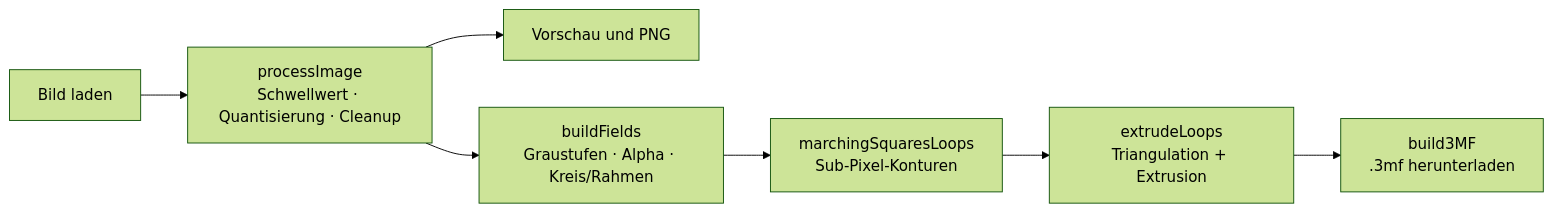
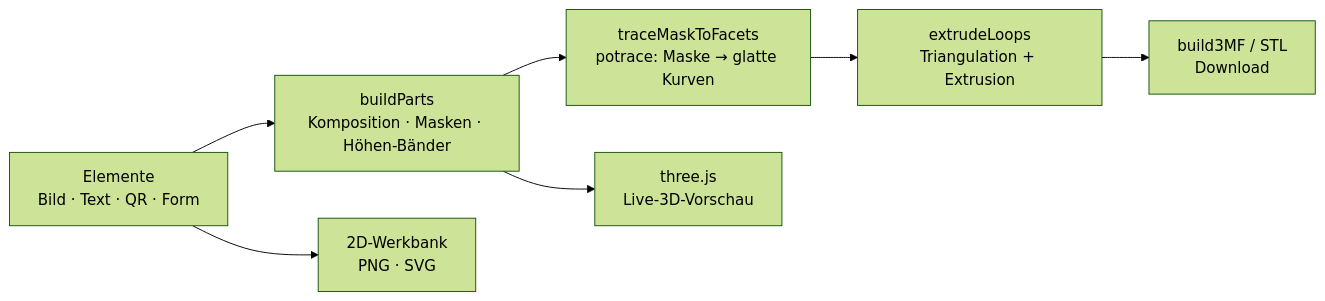
The first of 2 diagrams in README.md (KuroTsubasa1/ukibori), drawn with Mermaid (forest theme) before and after one commit. The commit also changed other lines of this file and 6 other files, not shown here.

````diff
--- a/README.md
+++ b/README.md
@@ -133,9 +211,9 @@
 ```mermaid
 flowchart LR
-    A["Bild laden"] --> B["processImage<br/>Schwellwert · Quantisierung · Cleanup"]
-    B --> C["Vorschau und PNG"]
-    B --> D["buildFields<br/>Graustufen · Alpha · Kreis/Rahmen"]
-    D --> E["marchingSquaresLoops<br/>Sub-Pixel-Konturen"]
-    E --> F["extrudeLoops<br/>Triangulation + Extrusion"]
-    F --> G["build3MF<br/>.3mf herunterladen"]
+    A["Elemente<br/>Bild · Text · QR · Form"] --> B["buildParts<br/>Komposition · Masken · Höhen-Bänder"]
+    A --> C["2D-Werkbank<br/>PNG · SVG"]
+    B --> D["traceMaskToFacets<br/>potrace: Maske → glatte Kurven"]
+    D --> E["extrudeLoops<br/>Triangulation + Extrusion"]
+    E --> F["build3MF / STL<br/>Download"]
+    B --> G["three.js<br/>Live-3D-Vorschau"]
 ```
````
